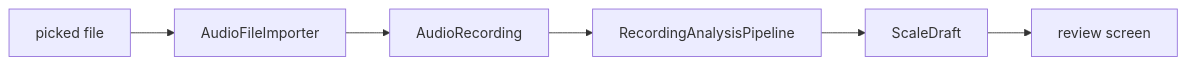
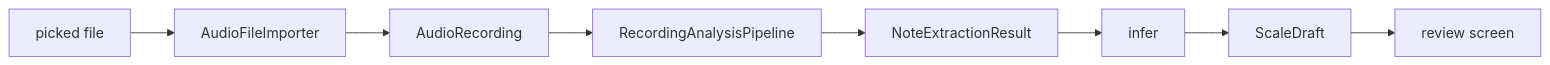
The fourth of 6 diagrams in docs/architecture/analyzer.md (robertdyr/skales-v1), drawn with Mermaid before and after one commit. The commit also changed other lines of this file and 34 other files, not shown here.

````diff
--- a/docs/architecture/analyzer.md
+++ b/docs/architecture/analyzer.md
@@ -130,4 +114,4 @@
 ```mermaid
 flowchart LR
-    PickedFile["picked file"] --> Importer["AudioFileImporter"] --> Recording["AudioRecording"] --> Pipeline["RecordingAnalysisPipeline"] --> Draft2["ScaleDraft"] --> Review["review screen"]
+    PickedFile["picked file"] --> Importer["AudioFileImporter"] --> Recording["AudioRecording"] --> Pipeline["RecordingAnalysisPipeline"] --> Evidence2["NoteExtractionResult"] --> Infer2["infer"] --> Draft2["ScaleDraft"] --> Review["review screen"]
 ```
````
